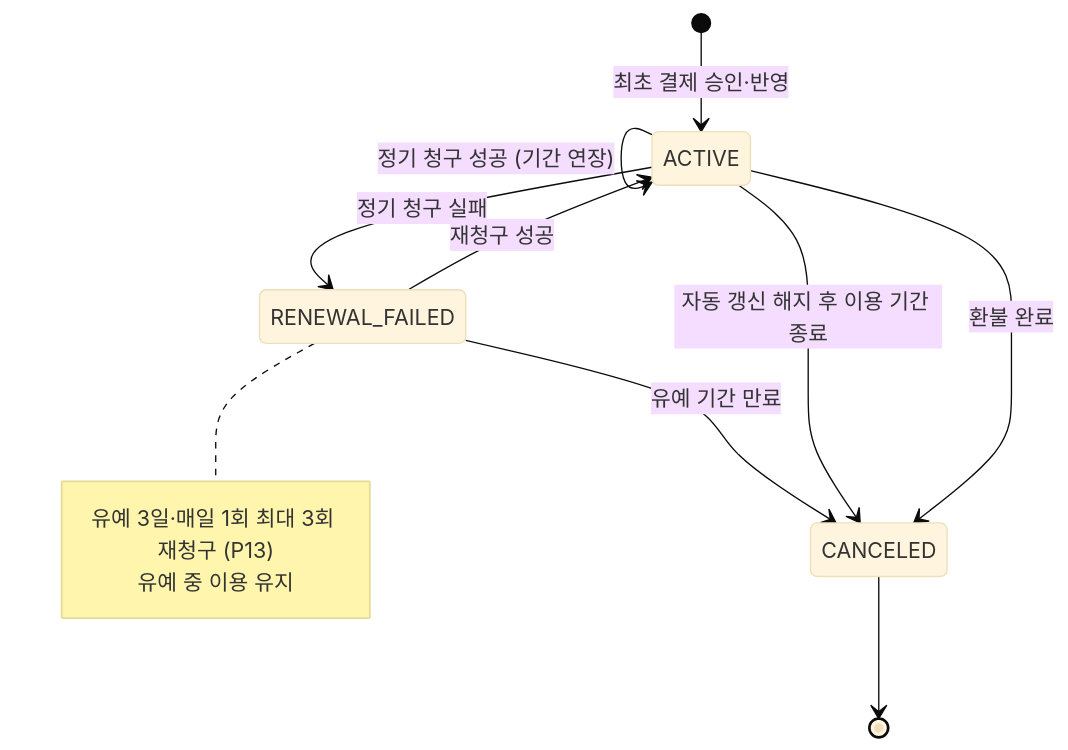
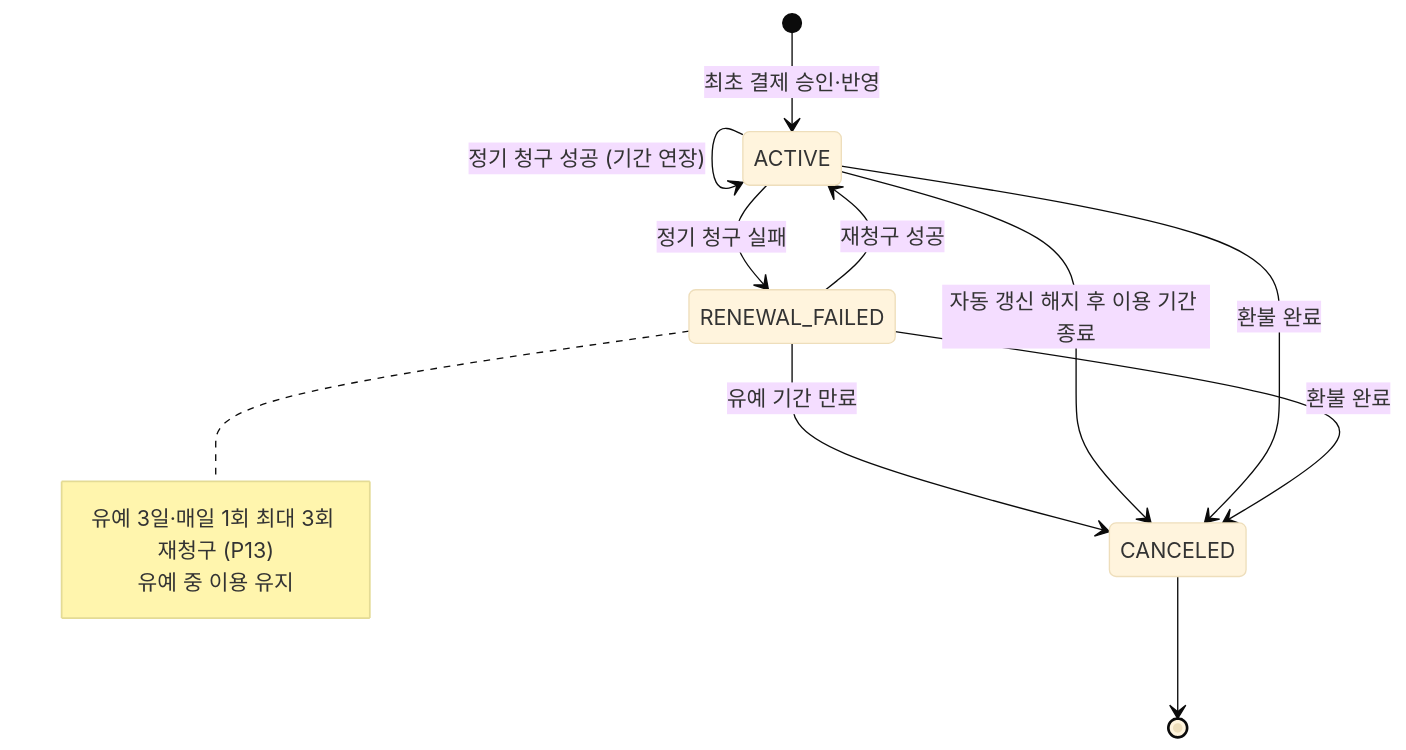
Before and after one commit to SKNETWORKS-FAMILY-AICAMP/SKN34-FINAL-3TEAM: diagram 22 of 27 in docs/design/state-diagram.md, drawn with Mermaid (base theme). The commit also changed other lines of this file and 14 other files, not shown here.

````diff
--- a/docs/design/state-diagram.md
+++ b/docs/design/state-diagram.md
@@ -664,15 +664,16 @@
 ```mermaid
 stateDiagram-v2
   [*] --> ACTIVE: 최초 결제 승인·반영
   ACTIVE --> ACTIVE: 정기 청구 성공 (기간 연장)
   ACTIVE --> RENEWAL_FAILED: 정기 청구 실패
   RENEWAL_FAILED --> ACTIVE: 재청구 성공
   RENEWAL_FAILED --> CANCELED: 유예 기간 만료
   ACTIVE --> CANCELED: 자동 갱신 해지 후 이용 기간 종료
   ACTIVE --> CANCELED: 환불 완료
+  RENEWAL_FAILED --> CANCELED: 환불 완료
   CANCELED --> [*]
   note right of RENEWAL_FAILED
     유예 3일·매일 1회 최대 3회 재청구 (P13)
     유예 중 이용 유지
   end note
 ```
````
